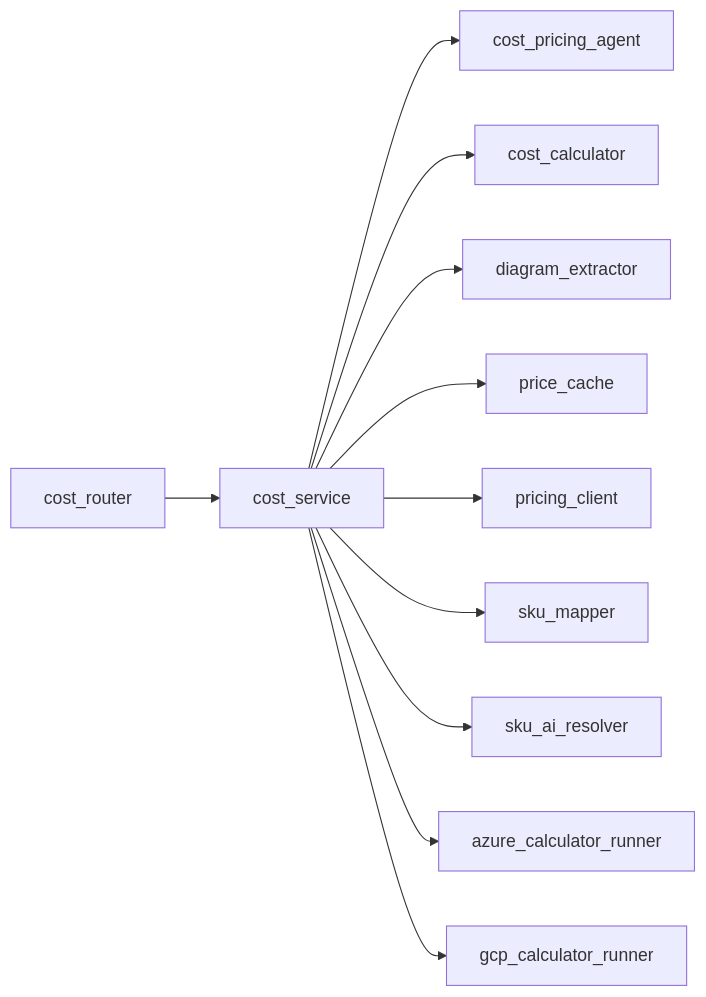
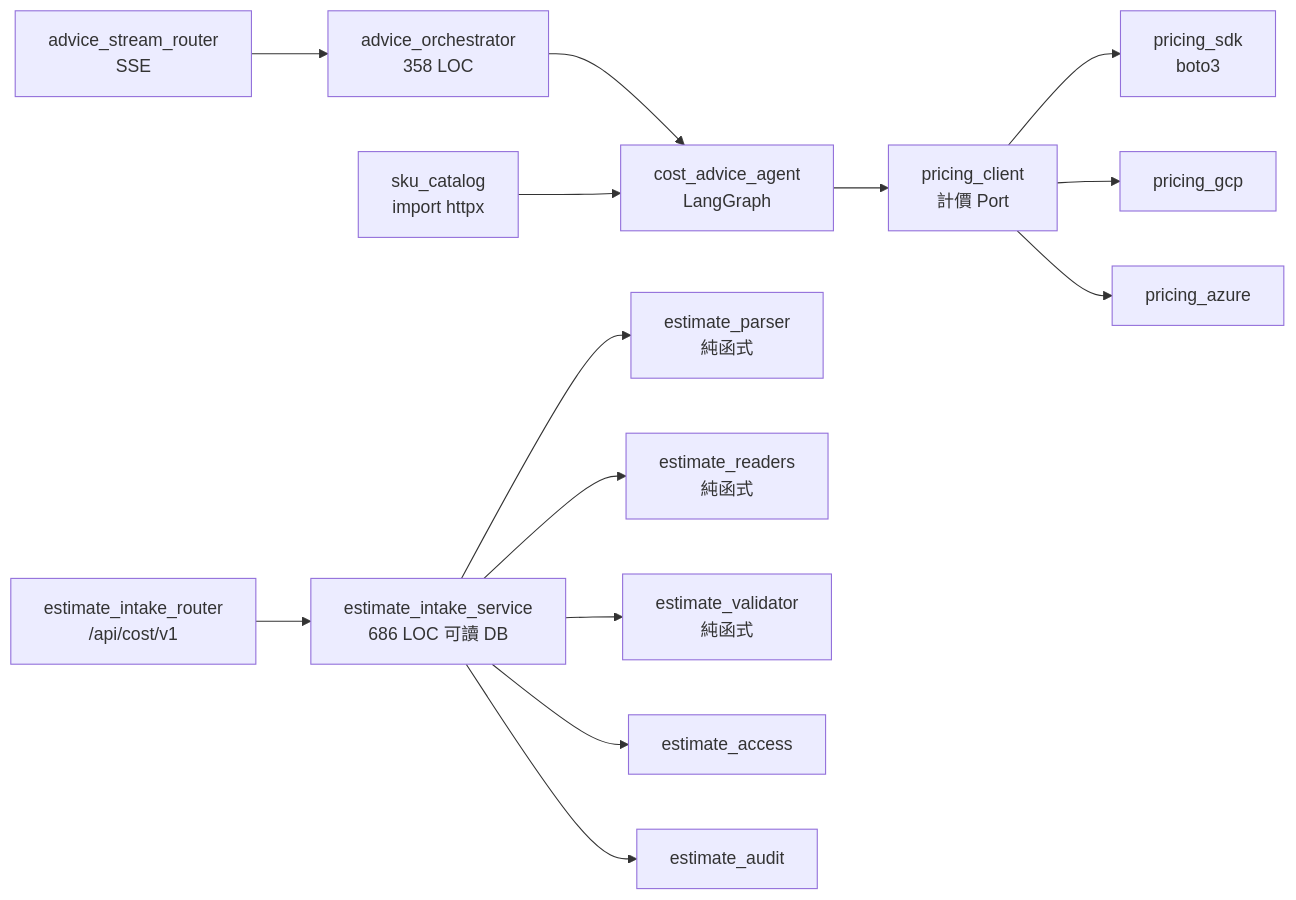
One commit to opendiamonds/cloud-360 changed the second of 5 diagrams in aidlc/spaces/default/codekb/cloud/architecture.md. Above: the diagram before and after it, drawn with Mermaid. The commit also changed other lines of this file and 12 other files, not shown here.

````diff
--- a/aidlc/spaces/default/codekb/cloud/architecture.md
+++ b/aidlc/spaces/default/codekb/cloud/architecture.md
@@ -70,13 +137,16 @@
 ```mermaid
 graph LR
-  ROUTER["cost_router"] --> SERVICE["cost_service"]
-  SERVICE --> AGENT["cost_pricing_agent"]
-  SERVICE --> CALCPURE["cost_calculator"]
-  SERVICE --> EXTRACT["diagram_extractor"]
-  SERVICE --> CACHE["price_cache"]
-  SERVICE --> PCLIENT["pricing_client"]
-  SERVICE --> SKU["sku_mapper"]
-  SERVICE --> SKUAI["sku_ai_resolver"]
-  SERVICE --> AZRUN["azure_calculator_runner"]
-  SERVICE --> GCPRUN["gcp_calculator_runner"]
+  ROUTER["estimate_intake_router<br/>/api/cost/v1"] --> SERVICE["estimate_intake_service<br/>686 LOC 可讀 DB"]
+  SROUTER["advice_stream_router<br/>SSE"] --> ORCH["advice_orchestrator<br/>358 LOC"]
+  ORCH --> AGENT["cost_advice_agent<br/>LangGraph"]
+  SERVICE --> PARSER["estimate_parser<br/>純函式"]
+  SERVICE --> READERS["estimate_readers<br/>純函式"]
+  SERVICE --> VALID["estimate_validator<br/>純函式"]
+  SERVICE --> ACCESS["estimate_access"]
+  SERVICE --> AUDIT["estimate_audit"]
+  AGENT --> PCLIENT["pricing_client<br/>計價 Port"]
+  PCLIENT --> PSDK["pricing_sdk<br/>boto3"]
+  PCLIENT --> PGCP["pricing_gcp"]
+  PCLIENT --> PAZ["pricing_azure"]
+  SKU["sku_catalog<br/>import httpx"] --> AGENT
 ```
````
